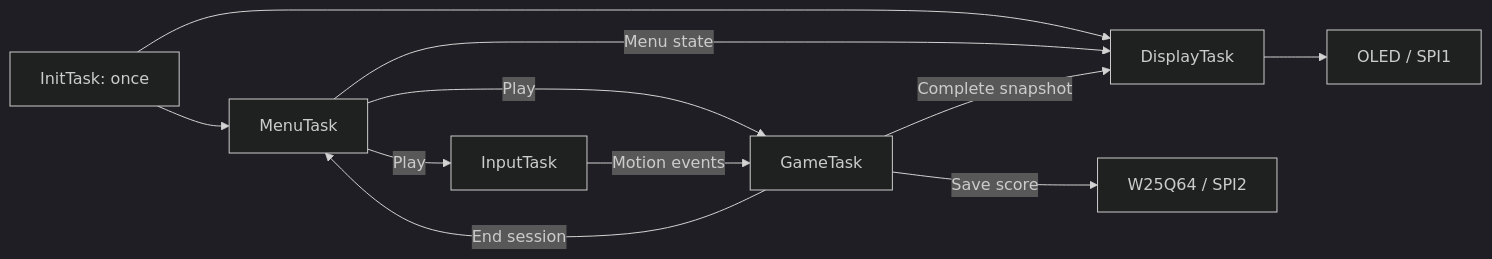
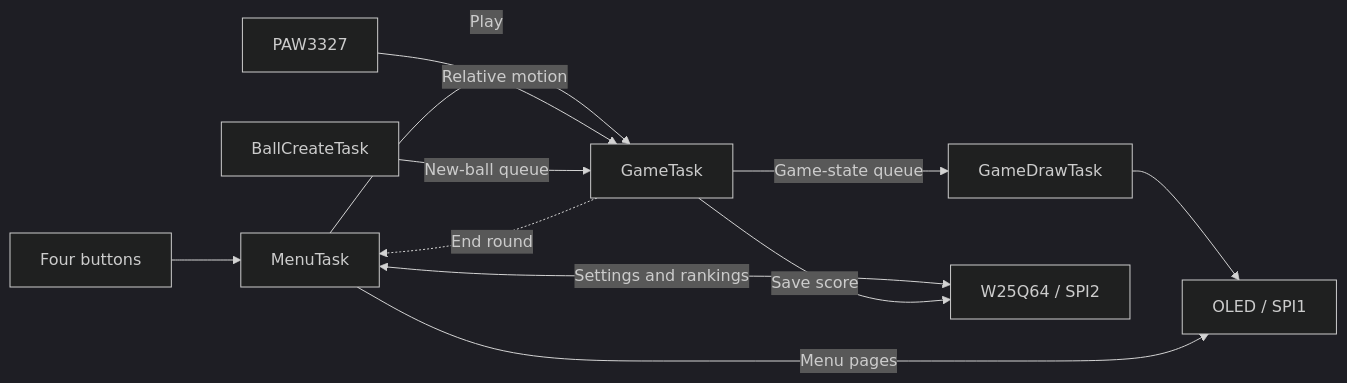
Before and after one commit to JohmasJo/OptiDodge: the diagram in README.md, drawn with Mermaid (dark theme). The commit also changed other lines of this file and 2 other files, not shown here.

````diff
--- a/README.md
+++ b/README.md
@@ -226,13 +47,13 @@
 ```mermaid
 flowchart LR
-    Init[InitTask: once] --> Menu[MenuTask]
-    Init --> Display[DisplayTask]
-    Menu -->|Play| Input[InputTask]
-    Menu -->|Play| Game[GameTask]
-    Input -->|Motion events| Game
-    Menu -->|Menu state| Display
-    Game -->|Complete snapshot| Display
-    Game -->|End session| Menu
-    Game -->|Save score| Flash[W25Q64 / SPI2]
-    Display --> OLED[OLED / SPI1]
+    Keys["Four buttons"] --> Menu["MenuTask"]
+    Menu -->|Play| Game["GameTask"]
+    Sensor["PAW3327"] -->|Relative motion| Game
+    Spawn["BallCreateTask"] -->|New-ball queue| Game
+    Game -->|Game-state queue| Draw["GameDrawTask"]
+    Draw --> OLED["OLED / SPI1"]
+    Menu -->|Menu pages| OLED
+    Menu <-->|Settings and rankings| Flash["W25Q64 / SPI2"]
+    Game -->|Save score| Flash
+    Game -.->|End round| Menu
 ```
````
